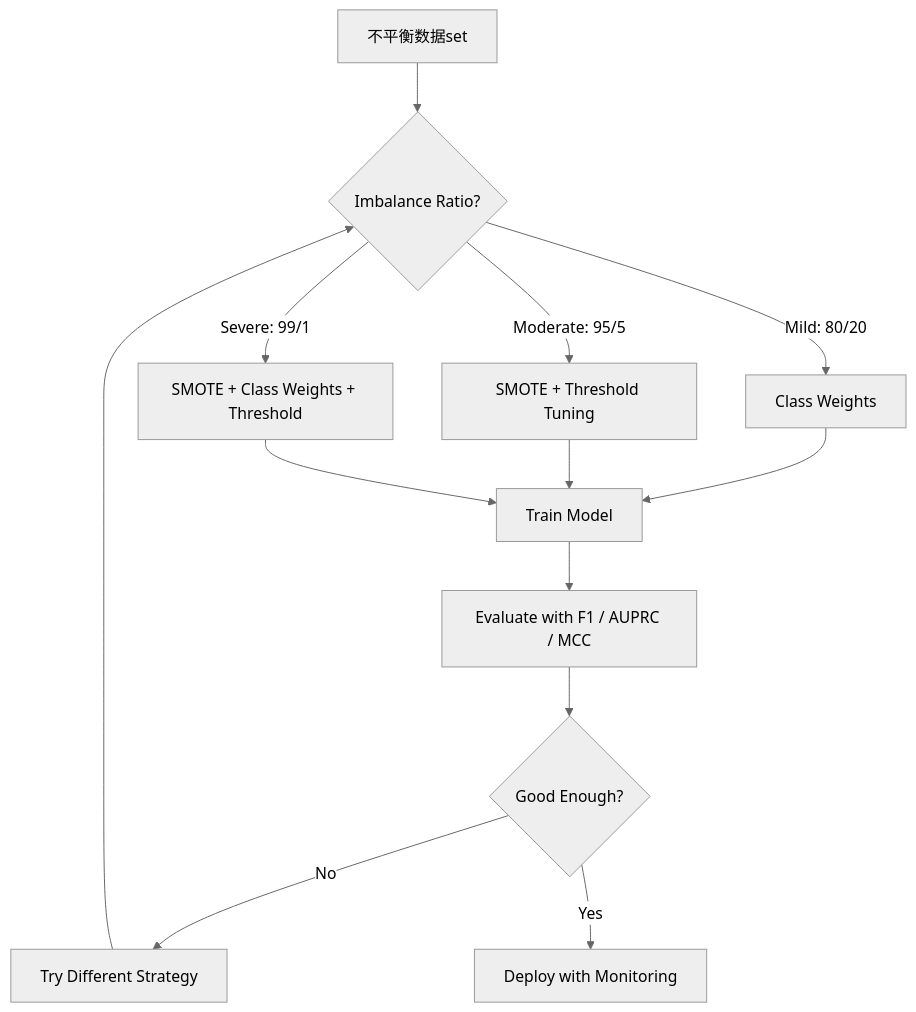
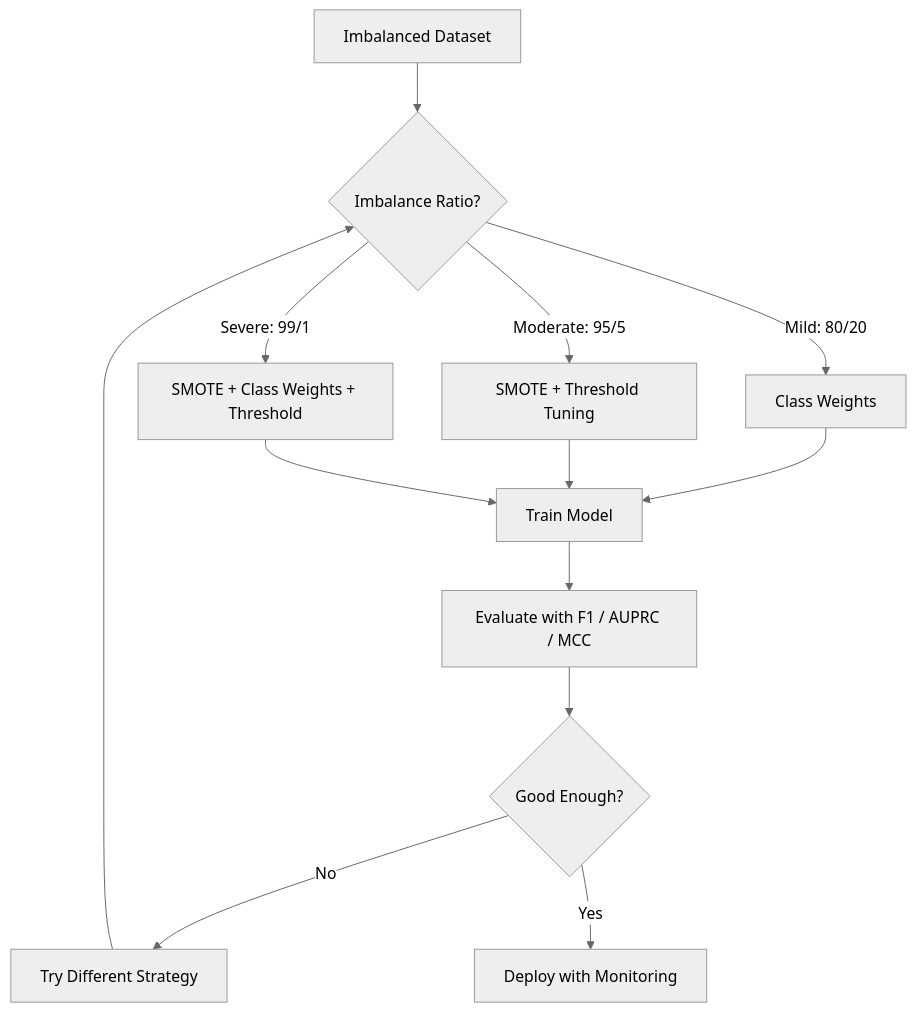
One commit to arwei944/ai-engineering-from-scratch changed the first of 4 diagrams in phases/02-ml-fundamentals/17-imbalanced-data/docs/zh.md. Above: the diagram before and after it, drawn with Mermaid (neutral theme). The commit also changed other lines of this file and 65 other files, not shown here.

````diff
--- a/phases/02-ml-fundamentals/17-imbalanced-data/docs/zh.md
+++ b/phases/02-ml-fundamentals/17-imbalanced-data/docs/zh.md
@@ -60,15 +60,15 @@
 ```mermaid
 flowchart TD
-    A[不平衡数据set] --> B{Imbalance Ratio?}
+    A[Imbalanced Dataset] --> B{Imbalance Ratio?}
     B -->|Mild: 80/20| C[Class Weights]
     B -->|Moderate: 95/5| D[SMOTE + Threshold Tuning]
     B -->|Severe: 99/1| E[SMOTE + Class Weights + Threshold]
     C --> F[Train Model]
     D --> F
     E --> F
     F --> G[Evaluate with F1 / AUPRC / MCC]
     G --> H{Good Enough?}
     H -->|No| I[Try Different Strategy]
     H -->|Yes| J[Deploy with Monitoring]
     I --> B
 ```
````
